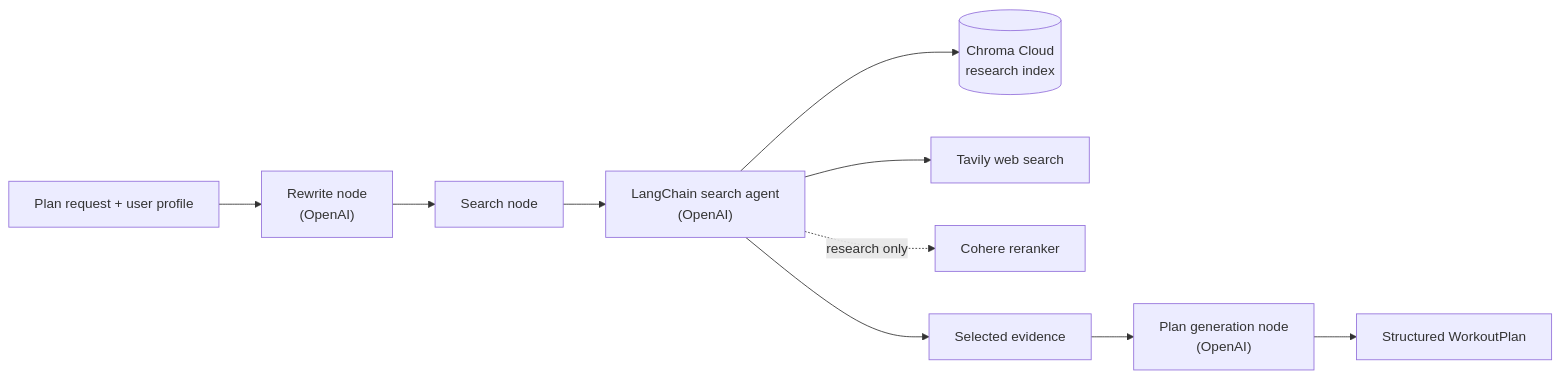
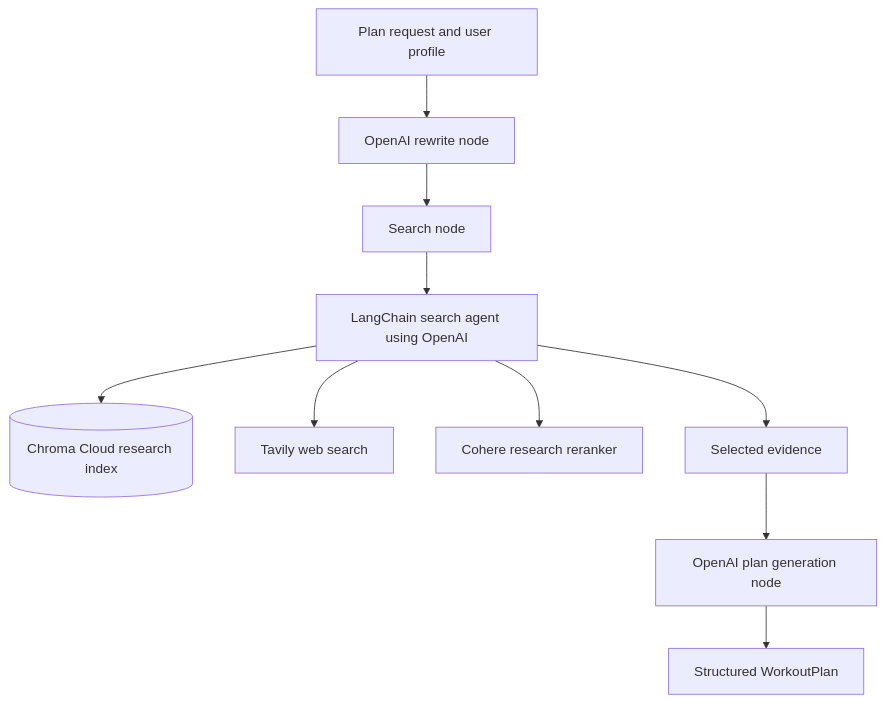
The third of 3 diagrams in README.md (xurichard19/strength-and-conditioning-rag), drawn with Mermaid before and after one commit. The commit also changed other lines of this file, not shown here.

First line of the commit message:
Refresh README architecture diagrams

````diff
--- a/README.md
+++ b/README.md
@@ -43,12 +41,12 @@
 ```mermaid
-flowchart LR
-    Request["Plan request + user profile"] --> Rewrite["Rewrite node<br/>(OpenAI)"]
+flowchart TB
+    Request["Plan request and user profile"] --> Rewrite["OpenAI rewrite node"]
     Rewrite --> Search["Search node"]
-    Search --> Agent["LangChain search agent<br/>(OpenAI)"]
-    Agent --> Chroma[("Chroma Cloud<br/>research index")]
+    Search --> Agent["LangChain search agent using OpenAI"]
+    Agent --> Chroma[("Chroma Cloud research index")]
     Agent --> Tavily["Tavily web search"]
-    Agent -. "research only" .-> Cohere["Cohere reranker"]
+    Agent --> Cohere["Cohere research reranker"]
     Agent --> Evidence["Selected evidence"]
-    Evidence --> Generate["Plan generation node<br/>(OpenAI)"]
+    Evidence --> Generate["OpenAI plan generation node"]
     Generate --> Plan["Structured WorkoutPlan"]
 ```
````
